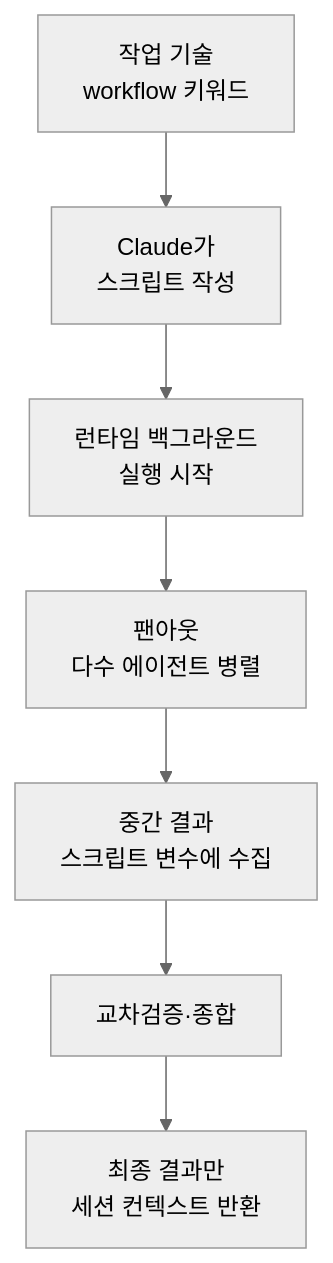
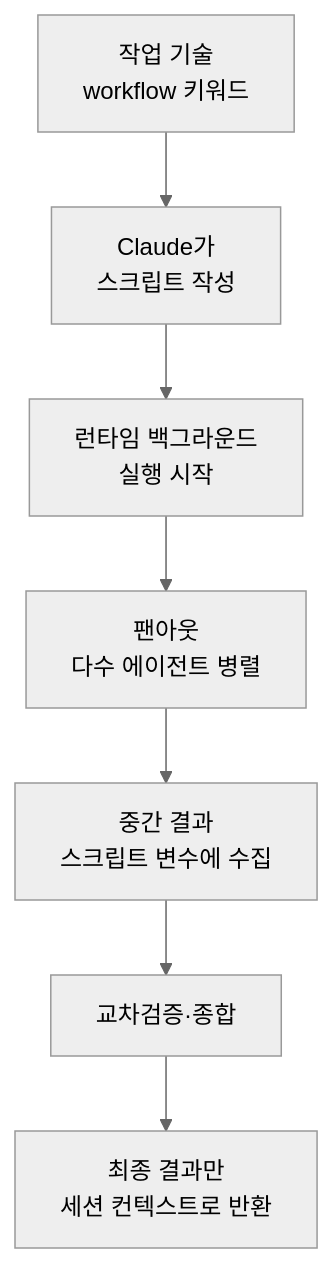
Before and after one commit to modu-ai/moai-adk: the diagram in docs-site/content/ko/claude-code/agentic/workflows.md, drawn with Mermaid (neutral theme). The commit also changed other lines of this file and 9 other files, not shown here.

````diff
--- a/docs-site/content/ko/claude-code/agentic/workflows.md
+++ b/docs-site/content/ko/claude-code/agentic/workflows.md
@@ -66,9 +72,9 @@
 ```mermaid
 flowchart TD
-    A[작업 기술<br>workflow 키워드] --> B[Claude가<br>스크립트 작성]
-    B --> C[런타임 백그라운드<br>실행 시작]
-    C --> D[팬아웃<br>다수 에이전트 병렬]
-    D --> E[중간 결과<br>스크립트 변수에 수집]
+    A[작업 기술<br/>workflow 키워드] --> B[Claude가<br/>스크립트 작성]
+    B --> C[런타임 백그라운드<br/>실행 시작]
+    C --> D[팬아웃<br/>다수 에이전트 병렬]
+    D --> E[중간 결과<br/>스크립트 변수에 수집]
     E --> F[교차검증·종합]
-    F --> G[최종 결과만<br>세션 컨텍스트 반환]
+    F --> G[최종 결과만<br/>세션 컨텍스트로 반환]
 ```
````
